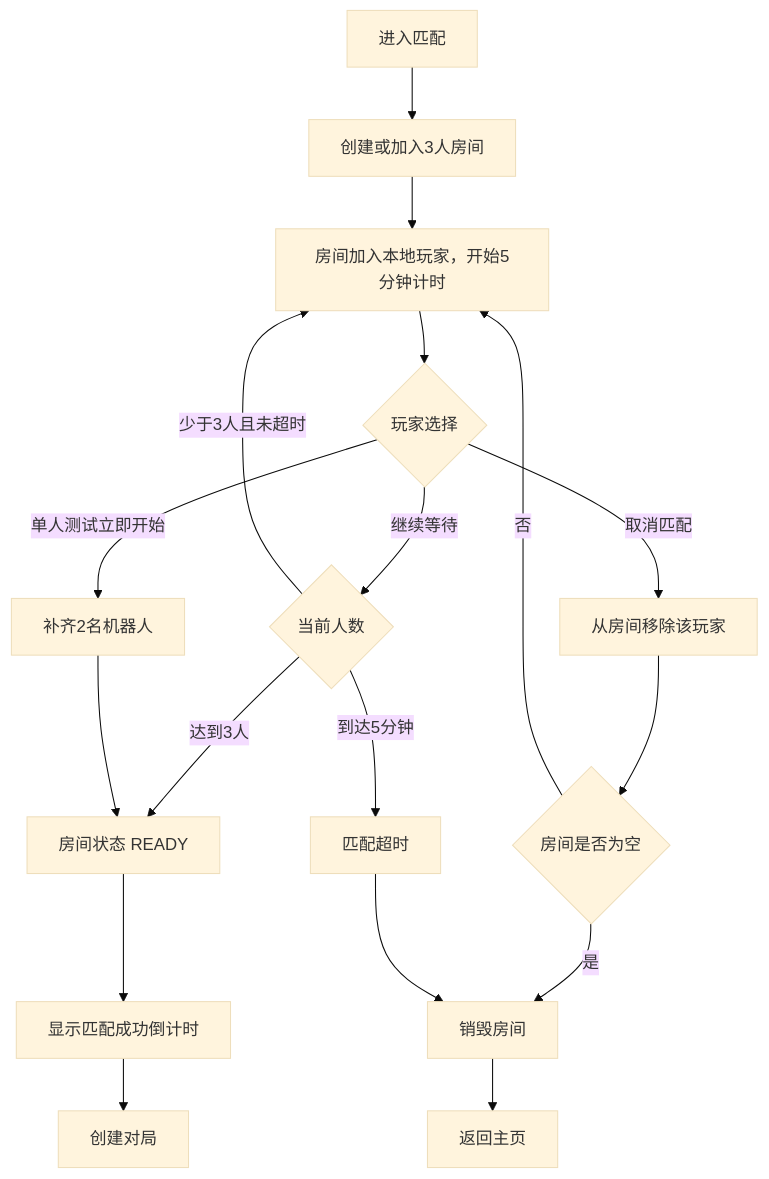
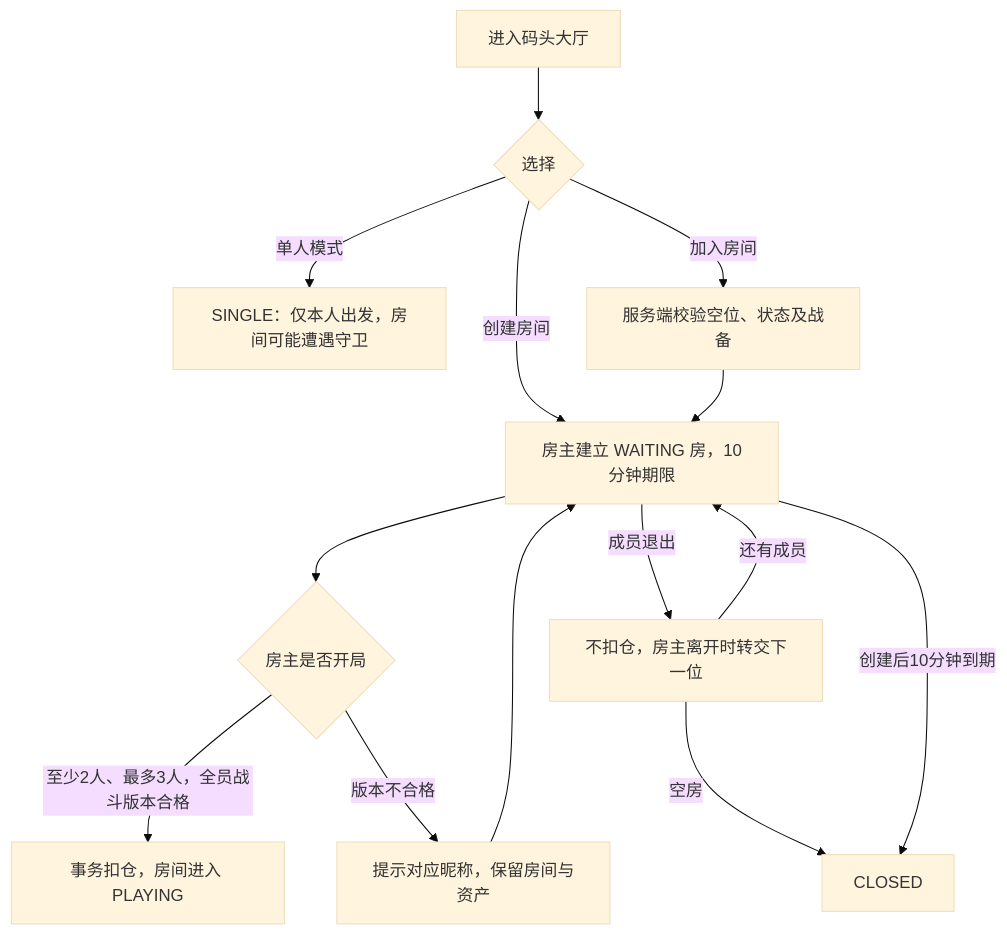
Before and after one commit to Yeungsam/heisino-game: the third of 6 diagrams in docs/游戏产品流程图.md, drawn with Mermaid (base theme). The commit also changed other lines of this file and 19 other files, not shown here.

````diff
--- a/docs/游戏产品流程图.md
+++ b/docs/游戏产品流程图.md
@@ -132,19 +100,14 @@
 ```mermaid
 flowchart TD
-    A["进入匹配"] --> B["创建或加入3人房间"]
-    B --> C["房间加入本地玩家，开始5分钟计时"]
-    C --> D{"玩家选择"}
-    D -- "继续等待" --> E{"当前人数"}
-    D -- "取消匹配" --> F["从房间移除该玩家"]
-    D -- "单人测试立即开始" --> G["补齐2名机器人"]
-    E -- "少于3人且未超时" --> C
-    E -- "达到3人" --> H["房间状态 READY"]
-    E -- "到达5分钟" --> I["匹配超时"]
-    F --> J{"房间是否为空"}
-    J -- "是" --> K["销毁房间"] --> L["返回主页"]
-    J -- "否" --> C
-    G --> H
-    I --> K
-    H --> M["显示匹配成功倒计时"]
-    M --> N["创建对局"]
+    A["进入码头大厅"] --> B{"选择"}
+    B -- "单人模式" --> S["SINGLE：仅本人出发，房间可能遭遇守卫"]
+    B -- "创建房间" --> C["房主建立 WAITING 房，10分钟期限"]
+    B -- "加入房间" --> D["服务端校验空位、状态及战备"] --> C
+    C --> E{"房主是否开局"}
+    E -- "至少2人、最多3人，全员战斗版本合格" --> F["事务扣仓，房间进入 PLAYING"]
+    E -- "版本不合格" --> V["提示对应昵称，保留房间与资产"] --> C
+    C -- "成员退出" --> G["不扣仓，房主离开时转交下一位"]
+    G -- "还有成员" --> C
+    G -- "空房" --> X["CLOSED"]
+    C -- "创建后10分钟到期" --> X
 ```
````
